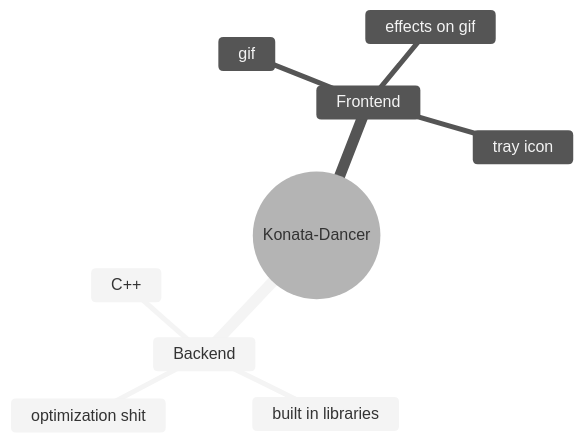
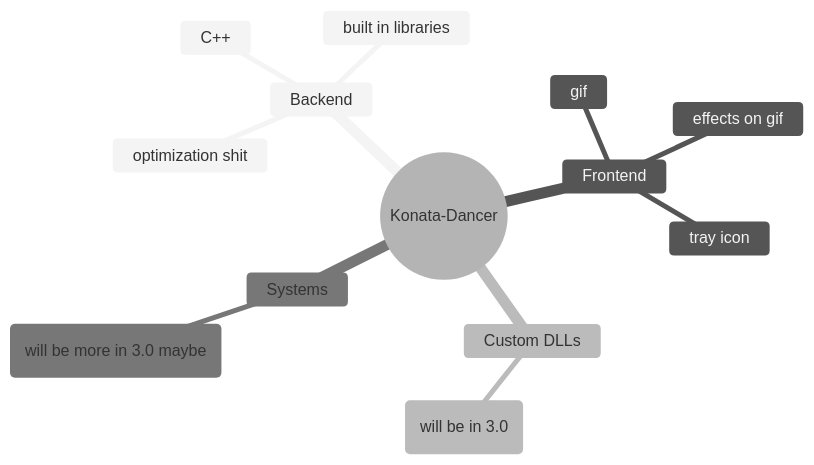
The diagram in README.md (ScriptCoolestIdkSomeOne/Konata-Dancer), drawn with Mermaid (neutral theme) before and after one commit.

````diff
--- a/README.md
+++ b/README.md
@@ -47,12 +47,16 @@
 ```mermaid
 mindmap
   root((Konata-Dancer))
     Backend
       C++
       built in libraries
       optimization shit
     Frontend
       gif
       effects on gif
       tray icon
+    Custom DLLs
+      fucking none in 2.0(will be in 3.0)
+    Systems
+      idk some poor shit in 2.0(will be more in 3.0 maybe)
 ```
````
